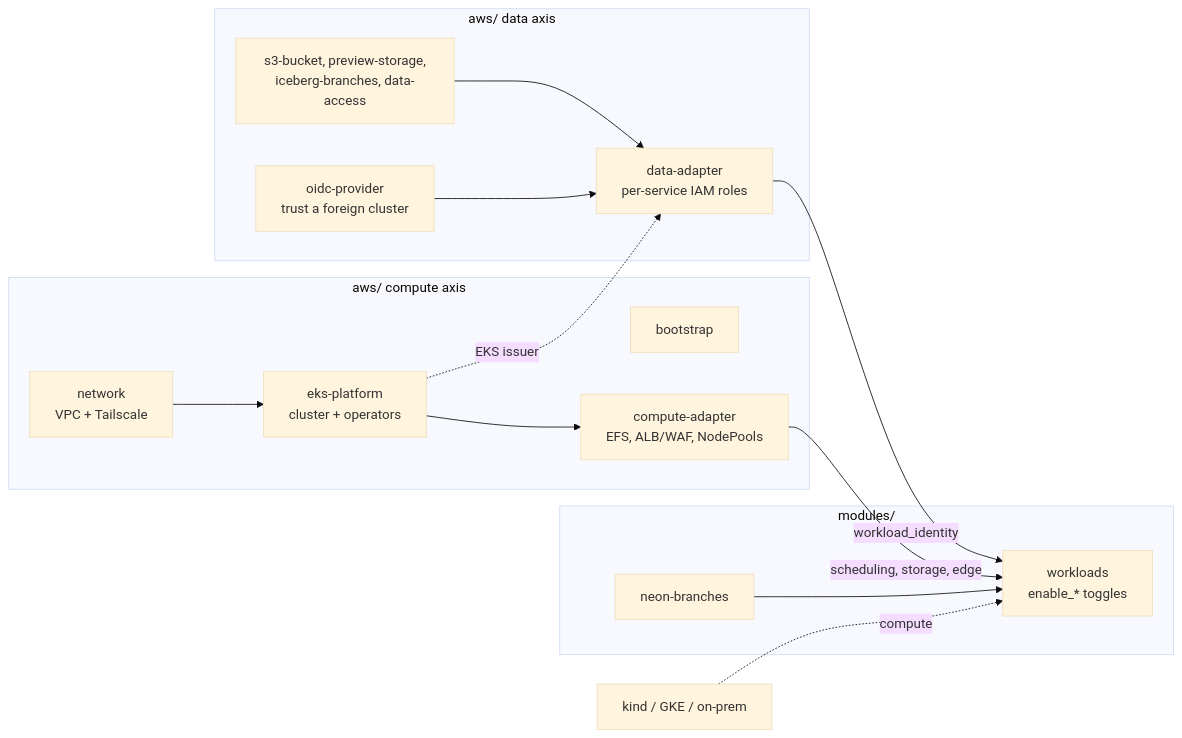
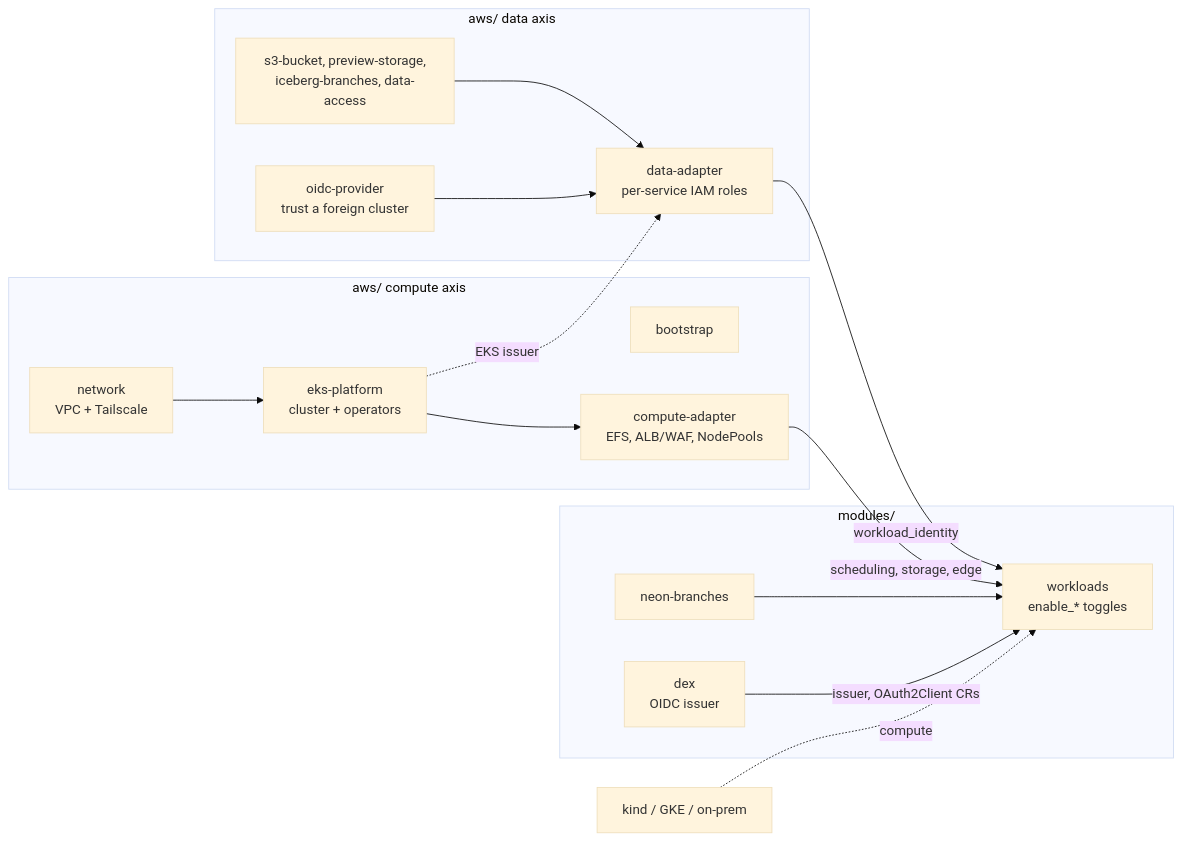
One commit to Rosebud-Biosciences/lab-platform changed the diagram in README.md. Above: the diagram before and after it, drawn with Mermaid (base theme). The commit also changed other lines of this file and 8 other files, not shown here.

Commit message:
modules/dex: cluster OIDC issuer with kubernetes storage for per-environment clients, connector secrets from the environment, and a client-ownership admission policy

````diff
--- a/README.md
+++ b/README.md
@@ -55,26 +56,28 @@
 ```mermaid
 flowchart LR
   subgraph dataAxis [aws/ data axis]
     buckets[s3-bucket, preview-storage,<br/>iceberg-branches, data-access]
     oidc[oidc-provider<br/>trust a foreign cluster]
     dataAdapter[data-adapter<br/>per-service IAM roles]
   end
   subgraph computeAxis [aws/ compute axis]
     bootstrap[bootstrap]
     network[network<br/>VPC + Tailscale]
     platform[eks-platform<br/>cluster + operators]
     computeAdapter[compute-adapter<br/>EFS, ALB/WAF, NodePools]
   end
   subgraph portable [modules/]
     workloads[workloads<br/>enable_* toggles]
     neon[neon-branches]
+    dex[dex<br/>OIDC issuer]
   end
   buckets --> dataAdapter
   oidc --> dataAdapter
   platform -. EKS issuer .-> dataAdapter
   dataAdapter -- workload_identity --> workloads
   network --> platform --> computeAdapter
   computeAdapter -- scheduling, storage, edge --> workloads
   neon --> workloads
+  dex -- issuer, OAuth2Client CRs --> workloads
   kindCluster[kind / GKE / on-prem] -. compute .-> workloads
 ```
````
